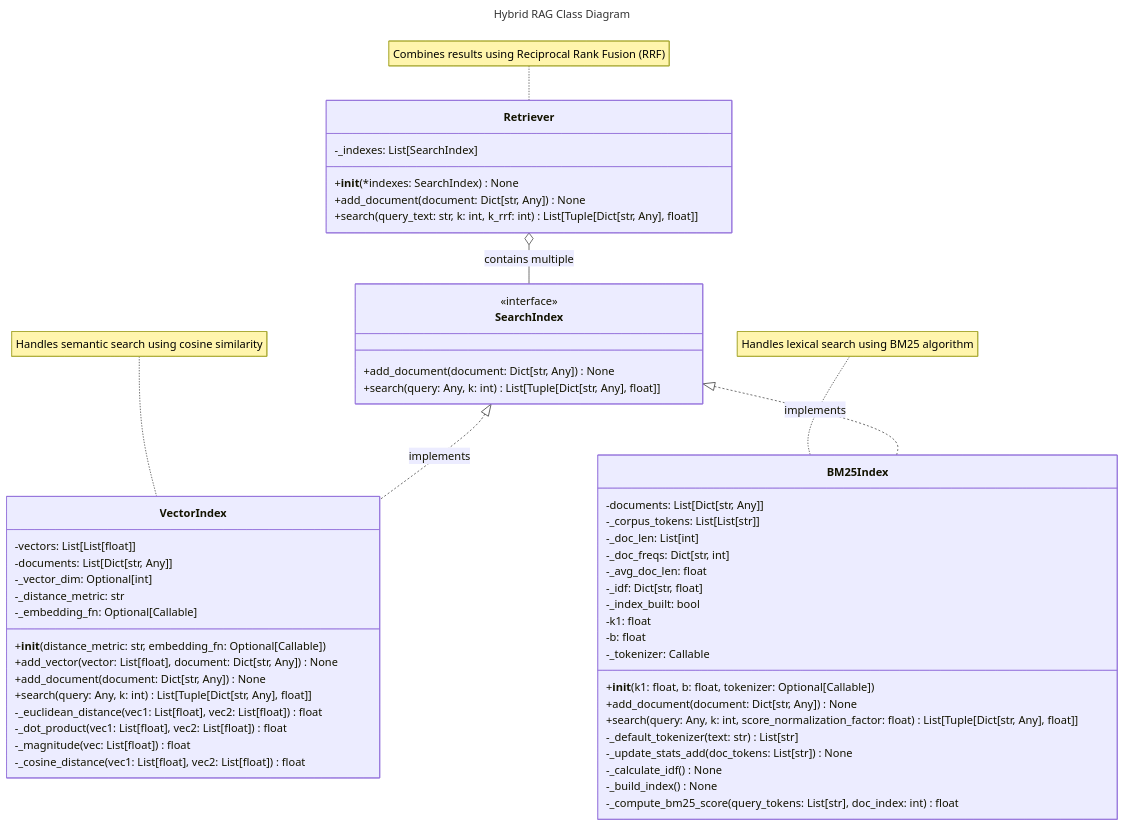
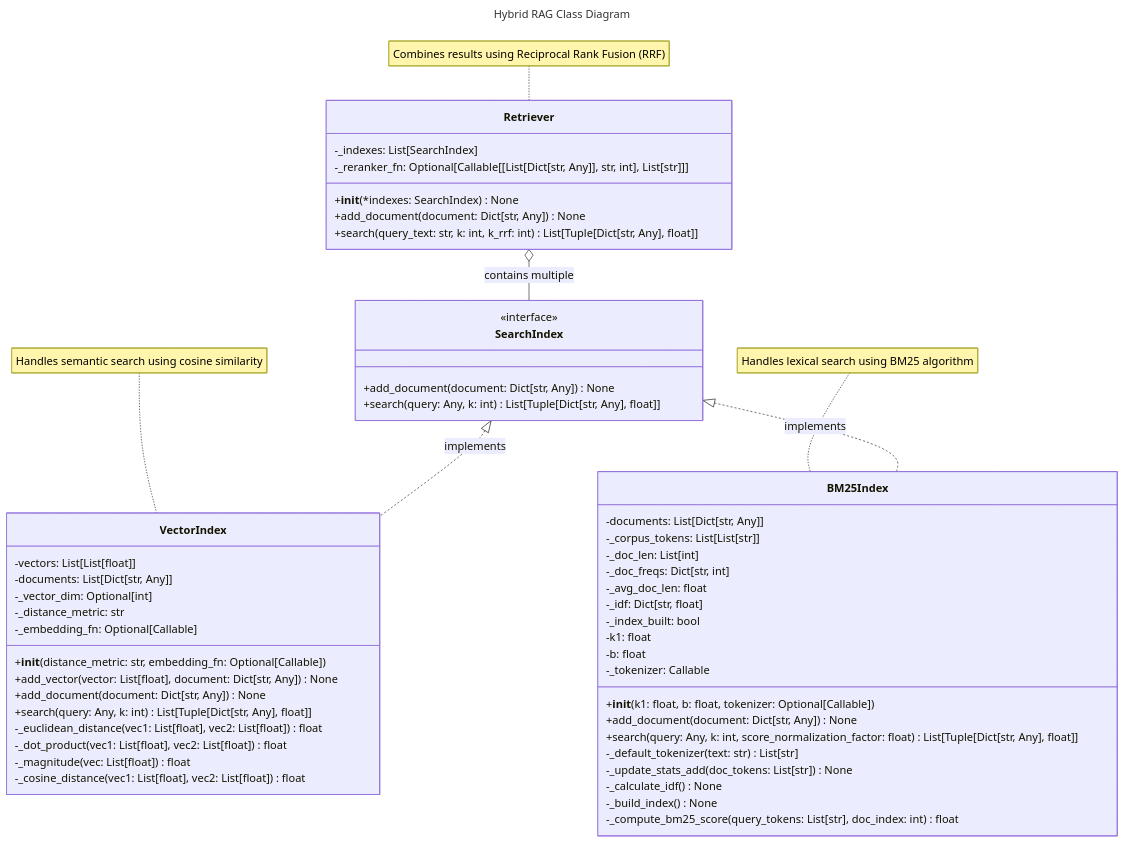
The diagram in 5_RAG.md (rkaushick-neu/claude-aws-bedrock), drawn with Mermaid before and after one commit. The commit also changed other lines of this file and 2 other files, not shown here.

````diff
--- a/5_RAG.md
+++ b/5_RAG.md
@@ -161,65 +171,66 @@
 ```mermaid
 ---
 title: Hybrid RAG Class Diagram
 ---
 classDiagram
     class SearchIndex {
         <<interface>>
         +add_document(document: Dict[str, Any]) None
         +search(query: Any, k: int) List[Tuple[Dict[str, Any], float]]
     }
 
     class VectorIndex {
         -vectors: List[List[float]]
         -documents: List[Dict[str, Any]]
         -_vector_dim: Optional[int]
         -_distance_metric: str
         -_embedding_fn: Optional[Callable]
         +__init__(distance_metric: str, embedding_fn: Optional[Callable])
         +add_vector(vector: List[float], document: Dict[str, Any]) None
         +add_document(document: Dict[str, Any]) None
         +search(query: Any, k: int) List[Tuple[Dict[str, Any], float]]
         -_euclidean_distance(vec1: List[float], vec2: List[float]) float
         -_dot_product(vec1: List[float], vec2: List[float]) float
         -_magnitude(vec: List[float]) float
         -_cosine_distance(vec1: List[float], vec2: List[float]) float
     }
 
     class BM25Index {
         -documents: List[Dict[str, Any]]
         -_corpus_tokens: List[List[str]]
         -_doc_len: List[int]
         -_doc_freqs: Dict[str, int]
         -_avg_doc_len: float
         -_idf: Dict[str, float]
         -_index_built: bool
         -k1: float
         -b: float
         -_tokenizer: Callable
         +__init__(k1: float, b: float, tokenizer: Optional[Callable])
         +add_document(document: Dict[str, Any]) None
         +search(query: Any, k: int, score_normalization_factor: float) List[Tuple[Dict[str, Any], float]]
         -_default_tokenizer(text: str) List[str]
         -_update_stats_add(doc_tokens: List[str]) None
         -_calculate_idf() None
         -_build_index() None
         -_compute_bm25_score(query_tokens: List[str], doc_index: int) float
     }
 
     class Retriever {
         -_indexes: List[SearchIndex]
+        -_reranker_fn: Optional[Callable[[List[Dict[str, Any]], str, int], List[str]]]
         +__init__(*indexes: SearchIndex) None
         +add_document(document: Dict[str, Any]) None
         +search(query_text: str, k: int, k_rrf: int) List[Tuple[Dict[str, Any], float]]
     }
 
     %% Relationships
     SearchIndex <|.. VectorIndex : implements
     SearchIndex <|.. BM25Index : implements
     Retriever o-- SearchIndex : contains multiple
 
     %% Notes
     note for VectorIndex "Handles semantic search using cosine similarity"
     note for BM25Index "Handles lexical search using BM25 algorithm"
     note for Retriever "Combines results using Reciprocal Rank Fusion (RRF)"
 ```
````
